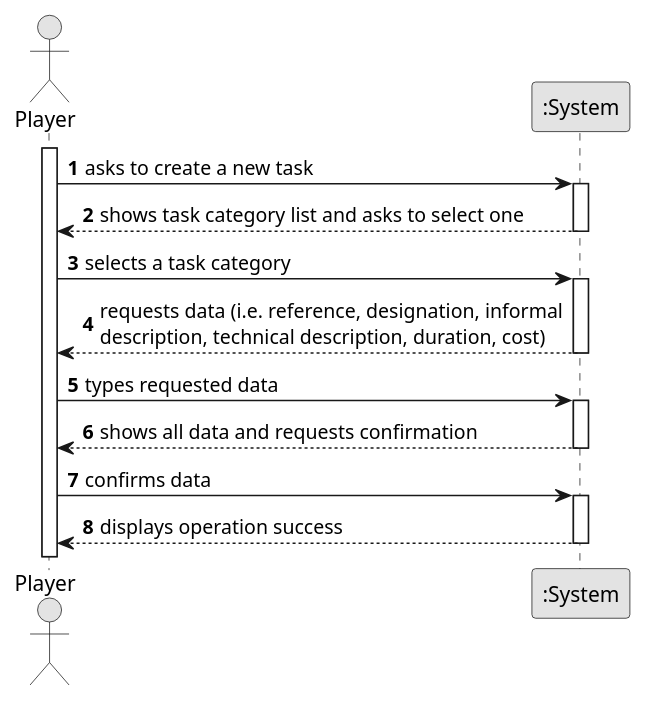
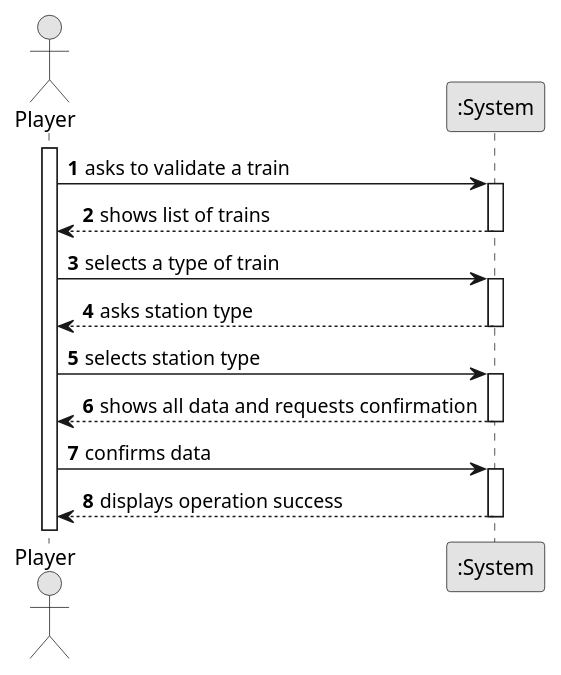
The diagram in docs/system-documentation/US013/01.requirements-engineering/puml/US013-SSD.puml (1240826/empire-on-tracks), drawn with PlantUML before and after one commit.

Commit message:
US13 update

```diff
--- a/docs/system-documentation/US013/01.requirements-engineering/puml/US013-SSD.puml
+++ b/docs/system-documentation/US013/01.requirements-engineering/puml/US013-SSD.puml
@@ -1,36 +1,36 @@
 @startuml
 skinparam monochrome true
 skinparam packageStyle rectangle
 skinparam shadowing false
 
 autonumber
 
 actor "Player" as Employee
 participant ":System" as System
 
 activate Employee
 
-    Employee -> System : asks to create a new task
+    Employee -> System : asks to validate a train
     activate System
 
-        System --> Employee : shows task category list and asks to select one
+        System --> Employee : shows list of trains
     deactivate System
 
-    Employee -> System : selects a task category
+    Employee -> System : selects a type of train
     activate System
 
-        System --> Employee : requests data (i.e. reference, designation, informal\ndescription, technical description, duration, cost)
-    deactivate System
+        System --> Employee : asks station type
+        deactivate System
 
-    Employee -> System : types requested data
+    Employee -> System : selects station type
     activate System
 
         System --> Employee : shows all data and requests confirmation
     deactivate System
 
     Employee -> System : confirms data
     activate System
 
         System --> Employee : displays operation success
     deactivate System
 @enduml
```
